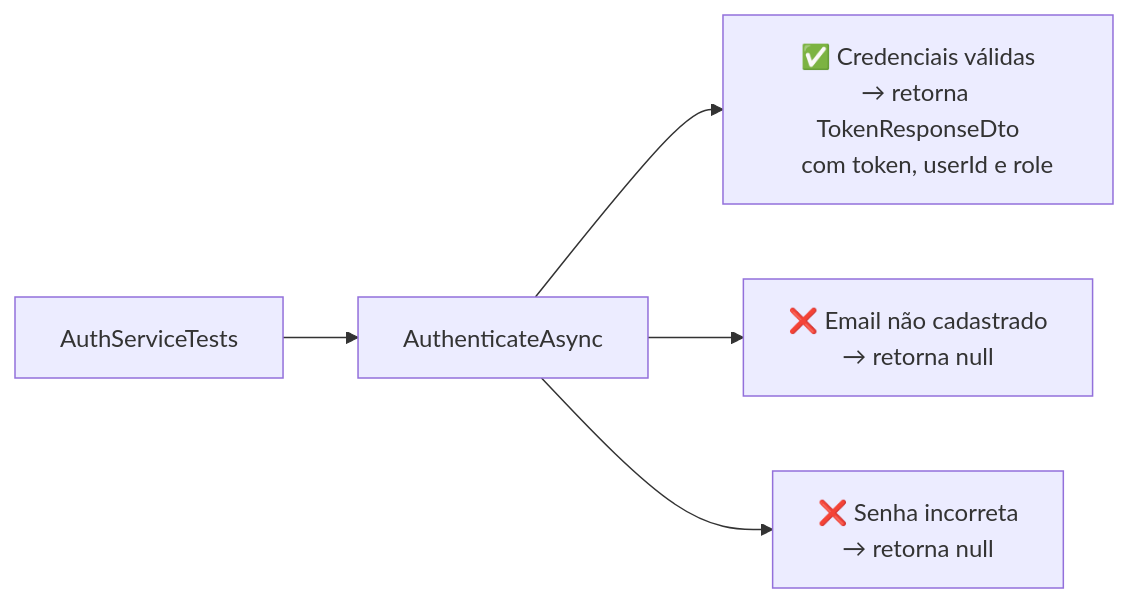
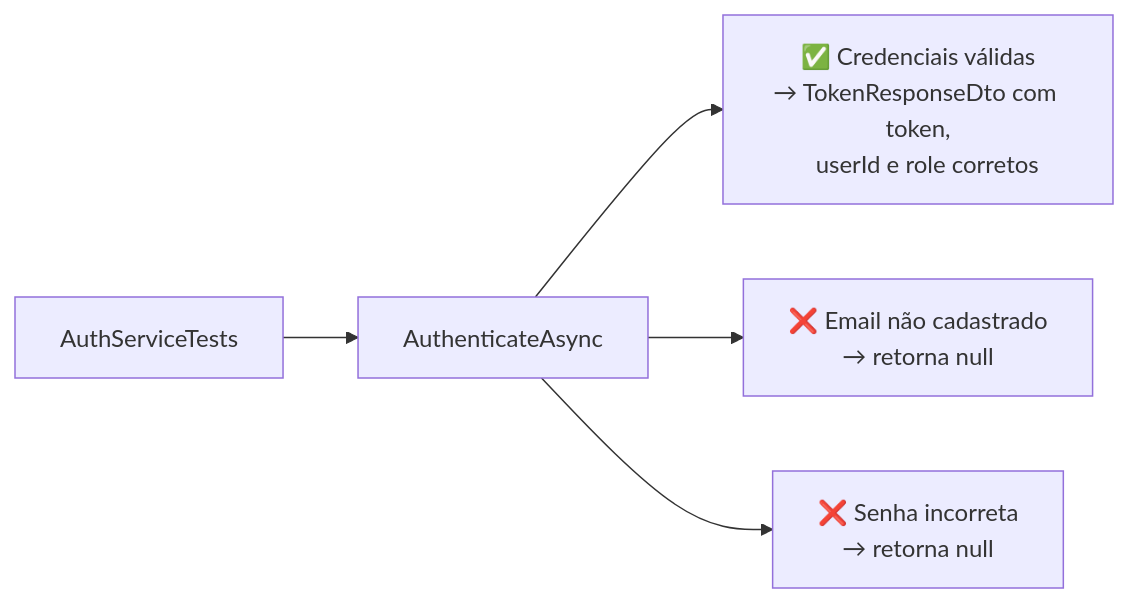
Before and after one commit to joaoGFG/OrbitBook: the third of 3 diagrams in README.md, drawn with Mermaid. The commit also changed other lines of this file, not shown here.

````diff
--- a/README.md
+++ b/README.md
@@ -526,7 +575,7 @@
 ```mermaid
 flowchart LR
-    Suite["AuthServiceTests"] --> Autenticar["AuthenticateAsync"]
-    Autenticar --> T1["✅ Credenciais válidas\n→ retorna TokenResponseDto\n   com token, userId e role"]
-    Autenticar --> T2["❌ Email não cadastrado\n→ retorna null"]
-    Autenticar --> T3["❌ Senha incorreta\n→ retorna null"]
+    Suite["AuthServiceTests"] --> M["AuthenticateAsync"]
+    M --> T1["✅ Credenciais válidas\n→ TokenResponseDto com token,\n   userId e role corretos"]
+    M --> T2["❌ Email não cadastrado\n→ retorna null"]
+    M --> T3["❌ Senha incorreta\n→ retorna null"]
 ```
````
